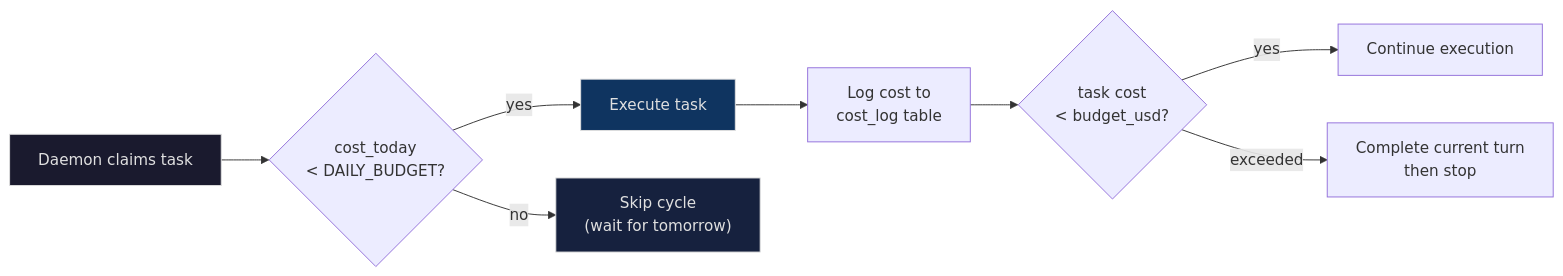
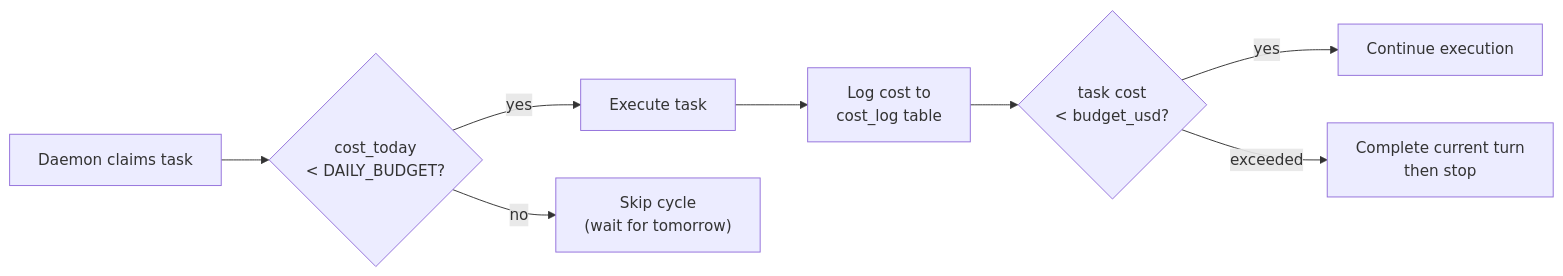
The sixth of 9 diagrams in docs/ARCHITECTURE.md (doyun-gu/claude-handler), drawn with Mermaid before and after one commit. The commit also changed other lines of this file, not shown here.

First line of the commit message:
Remove custom dark colors from mermaid diagrams

````diff
--- a/docs/ARCHITECTURE.md
+++ b/docs/ARCHITECTURE.md
@@ -255,14 +241,11 @@
 ```mermaid
 flowchart LR
     Claim["Daemon claims task"] --> BudgetCheck{"cost_today\n< DAILY_BUDGET?"}
     BudgetCheck -->|yes| Run["Execute task"]
     BudgetCheck -->|no| Pause["Skip cycle\n(wait for tomorrow)"]
     Run --> Log["Log cost to\ncost_log table"]
     Log --> TaskBudget{"task cost\n< budget_usd?"}
     TaskBudget -->|yes| Continue["Continue execution"]
     TaskBudget -->|exceeded| Finish["Complete current turn\nthen stop"]
 
-    style Claim fill:#1a1a2e,stroke:#e0e0e0,color:#e0e0e0
-    style Run fill:#0f3460,stroke:#e0e0e0,color:#e0e0e0
-    style Pause fill:#16213e,stroke:#e0e0e0,color:#e0e0e0
 ```
````
